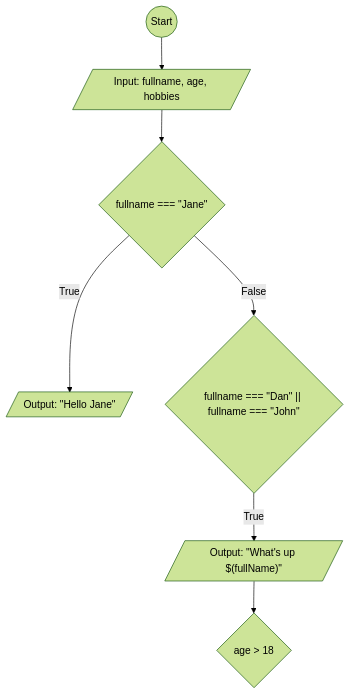
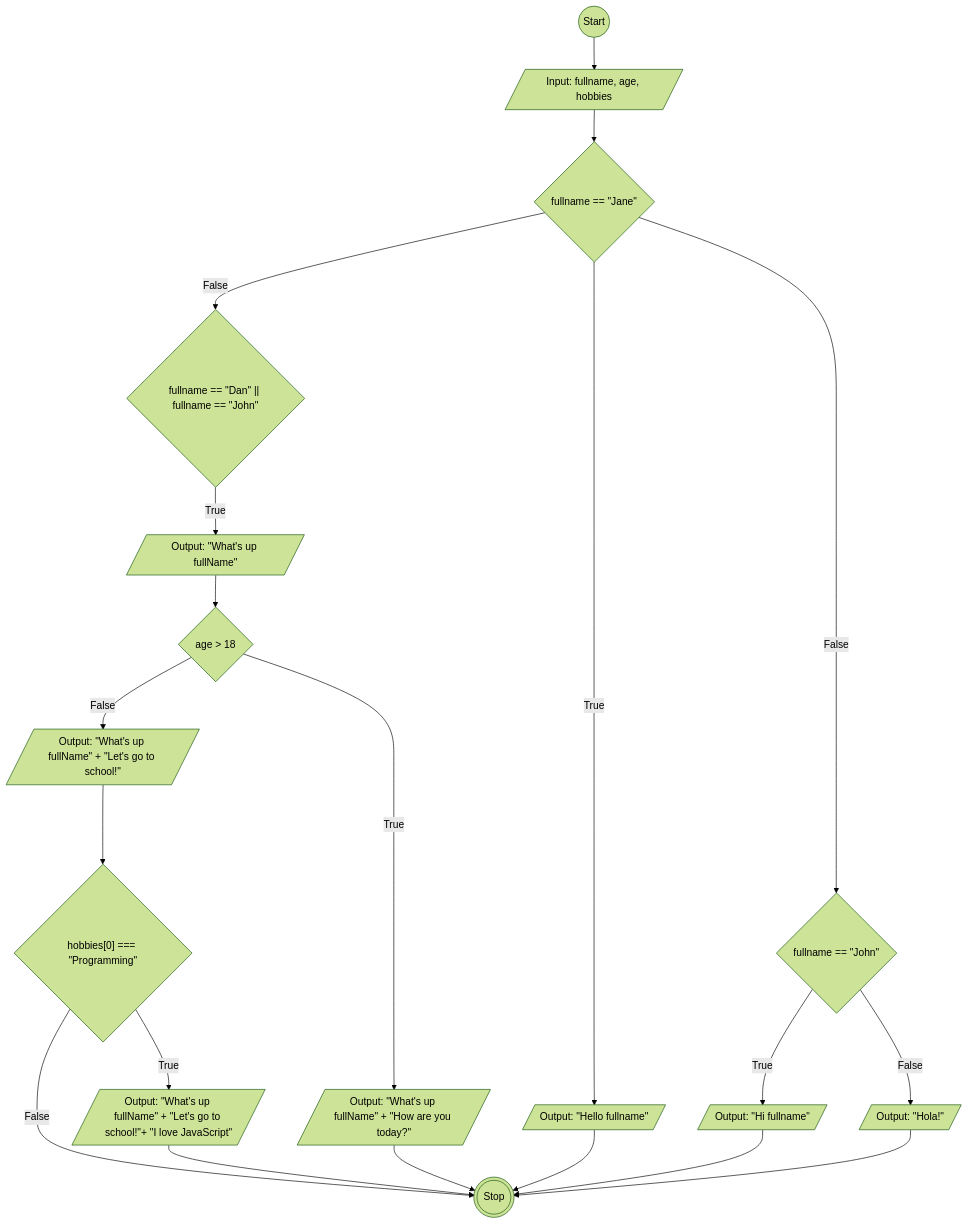
One commit to Vincentius31/koda-b6-javascript1 changed the diagram in Task3.md. Above: the diagram before and after it, drawn with Mermaid (forest theme).

````diff
--- a/Task3.md
+++ b/Task3.md
@@ -1,18 +1,38 @@
 ```mermaid
 flowchart TD
 idStart((Start))
 idInput[/"Input: fullname, age, hobbies"/]
-idKondisi1{"fullname === #quot;Jane#quot;"}
-idKondisi1True[/Output: "Hello Jane"/]
-idKondisi1False{"fullname === #quot;Dan#quot; || fullname === #quot;John#quot;" }
-idKondisi1FalseJawabTrue[/"Output: #quot;What's up $(fullName)#quot;"/]
+idKondisi1{"fullname == #quot;Jane#quot;"}
+idKondisi1True[/Output: "Hello fullname"/]
+idKondisi1False{"fullname == #quot;Dan#quot; || fullname == #quot;John#quot;" }
+idKondisi1FalseJawabTrue[/"Output: #quot;What's up fullName#quot;"/]
+idKondisi1FalseJawabFalse{fullname == #quot;John#quot;}
 idKondisi2{age > 18}
+idKondisi2True[/"Output: #quot;What's up fullName#quot; + #quot;How are you today?#quot;"/]
+idKondisi2False[/"Output: #quot;What's up fullName#quot; + #quot;Let's go to school!#quot;"/]
+idKondisi3{"hobbies[0] === #quot;Programming#quot;"}
+idKondisi3True[/"Output: #quot;What's up fullName#quot; + #quot;Let's go to school!#quot;+ #quot;I love JavaScript#quot;"/]
+idStop(((Stop)))
+idKondisi4True[/"Output: #quot;Hi fullname#quot;"/]
+idKondisi4False[/Output: #quot;Hola!#quot;/]
 
 
 idStart --> idInput --> idKondisi1
 idKondisi1 -- True --> idKondisi1True
 idKondisi1 -- False --> idKondisi1False
 idKondisi1False -- True --> idKondisi1FalseJawabTrue
+idKondisi1 -- False --> idKondisi1FalseJawabFalse
+idKondisi1FalseJawabFalse -- True --> idKondisi4True
+idKondisi1FalseJawabFalse -- False --> idKondisi4False
 idKondisi1FalseJawabTrue --> idKondisi2
-
+idKondisi2 -- True --> idKondisi2True
+idKondisi2 -- False --> idKondisi2False
+idKondisi2False ---> idKondisi3
+idKondisi3 -- True --> idKondisi3True
+idKondisi3 -- False --> idStop
+idKondisi3True --> idStop
+idKondisi2True --> idStop
+idKondisi1True --> idStop
+idKondisi4True --> idStop
+idKondisi4False --> idStop
 ```
````
